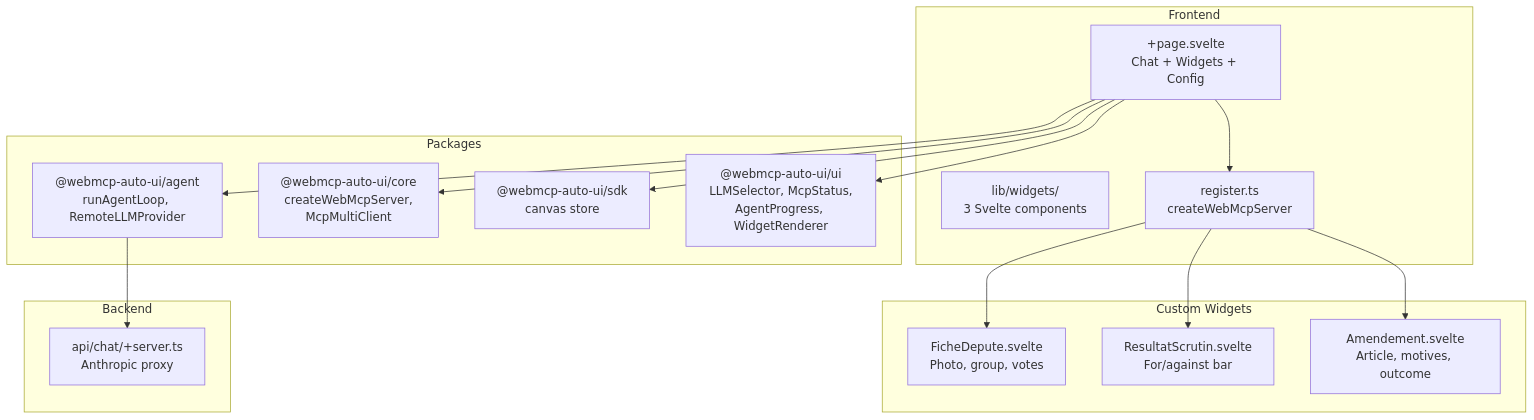
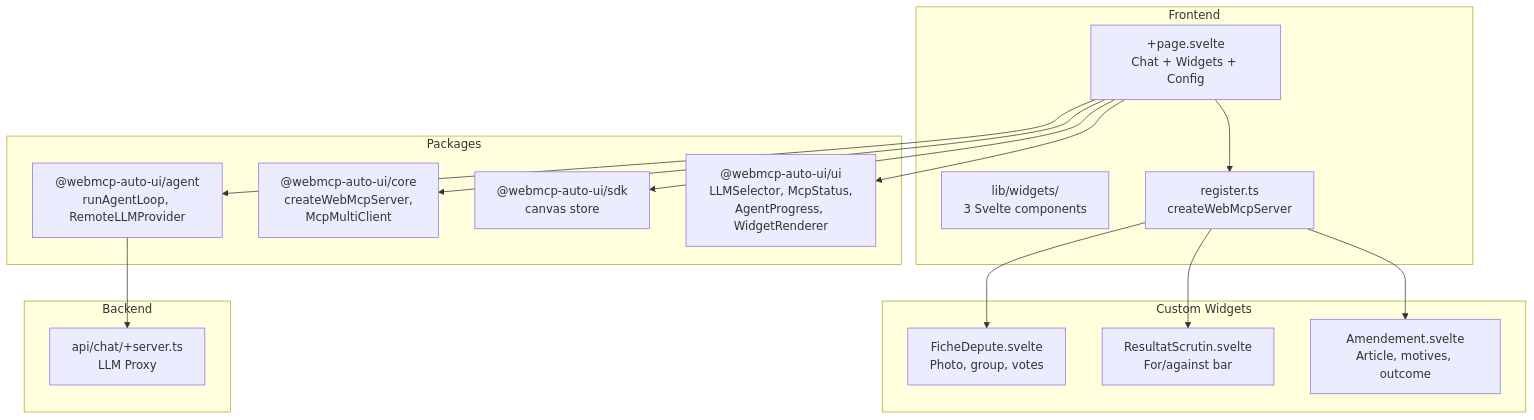
Before and after one commit to jeanbaptiste/webmcp-auto-ui: the diagram in docs-site/src/content/docs/en/apps/boilerplate.md, drawn with Mermaid. The commit also changed other lines of this file and 131 other files, not shown here.

````diff
--- a/docs-site/src/content/docs/en/apps/boilerplate.md
+++ b/docs-site/src/content/docs/en/apps/boilerplate.md
@@ -24,35 +24,35 @@
 ```mermaid
 graph TD
     subgraph Frontend
         Page["+page.svelte<br/>Chat + Widgets + Config"]
         Widgets["lib/widgets/<br/>3 Svelte components"]
         Register["register.ts<br/>createWebMcpServer"]
     end
 
     subgraph "Custom Widgets"
         FD["FicheDepute.svelte<br/>Photo, group, votes"]
         RS["ResultatScrutin.svelte<br/>For/against bar"]
         AM["Amendement.svelte<br/>Article, motives, outcome"]
     end
 
     subgraph Packages
         Agent["@webmcp-auto-ui/agent<br/>runAgentLoop, RemoteLLMProvider"]
         Core["@webmcp-auto-ui/core<br/>createWebMcpServer,<br/>McpMultiClient"]
         SDK["@webmcp-auto-ui/sdk<br/>canvas store"]
         UI["@webmcp-auto-ui/ui<br/>LLMSelector, McpStatus,<br/>AgentProgress, WidgetRenderer"]
     end
 
     subgraph Backend
-        Proxy["api/chat/+server.ts<br/>Anthropic proxy"]
+        Proxy["api/chat/+server.ts<br/>LLM Proxy"]
     end
 
     Register --> FD
     Register --> RS
     Register --> AM
     Page --> Register
     Page --> Agent
     Page --> Core
     Page --> SDK
     Page --> UI
     Agent --> Proxy
 ```
````
